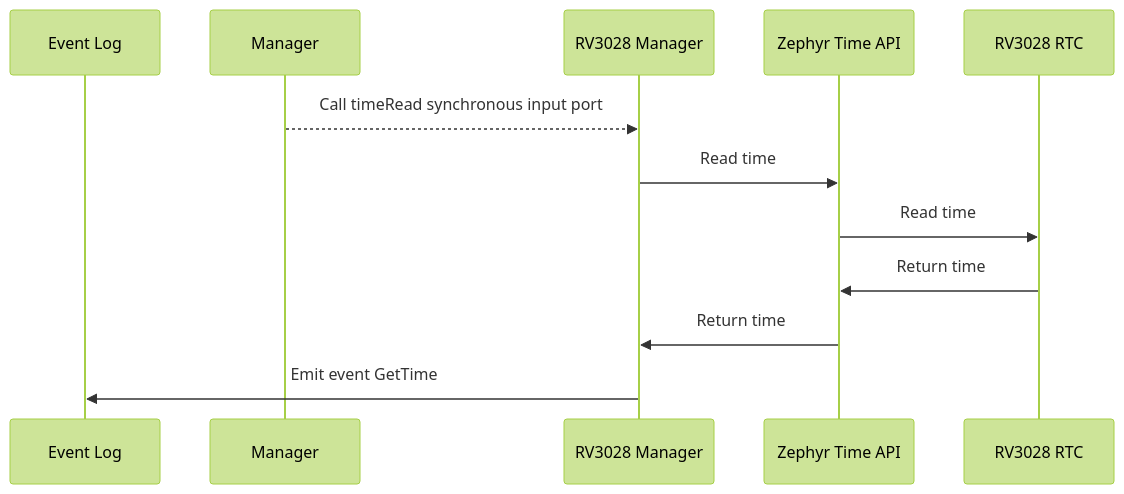
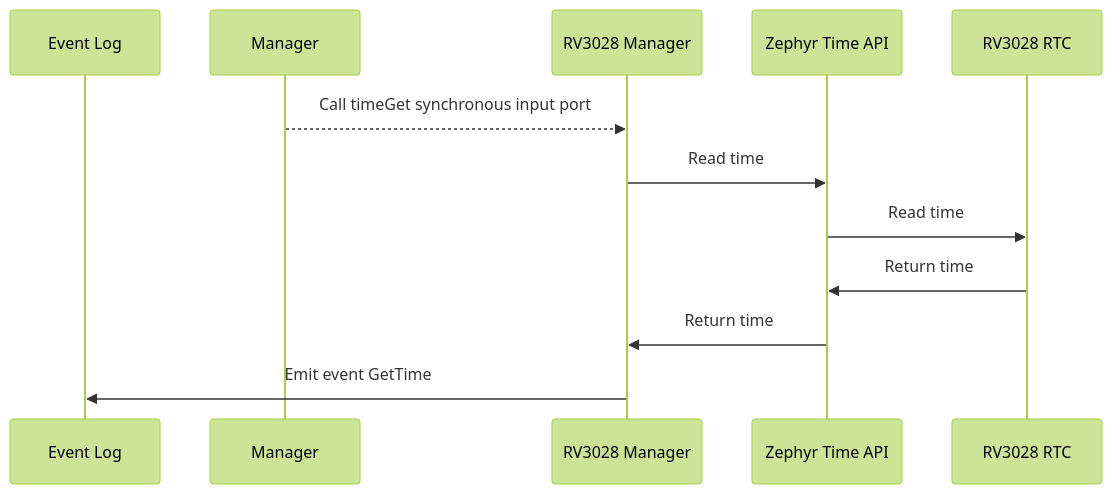
Before and after one commit to Open-Source-Space-Foundation/proves-core-reference: the fourth of 8 diagrams in FprimeZephyrReference/Components/Drv/Rv3028Manager/docs/sdd.md, drawn with Mermaid (forest theme). The commit also changed other lines of this file and 8 other files, not shown here.

````diff
--- a/FprimeZephyrReference/Components/Drv/Rv3028Manager/docs/sdd.md
+++ b/FprimeZephyrReference/Components/Drv/Rv3028Manager/docs/sdd.md
@@ -112,14 +112,14 @@
 ```mermaid
 sequenceDiagram
     participant Event Log
     participant Manager
     participant RV3028 Manager
     participant Zephyr Time API
     participant RV3028 RTC
-    Manager-->>RV3028 Manager: Call timeRead synchronous input port
+    Manager-->>RV3028 Manager: Call timeGet synchronous input port
     RV3028 Manager->>Zephyr Time API: Read time
     Zephyr Time API->>RV3028 RTC: Read time
     RV3028 RTC->>Zephyr Time API: Return time
     Zephyr Time API->>RV3028 Manager: Return time
     RV3028 Manager->>Event Log: Emit event GetTime
 ```
````
